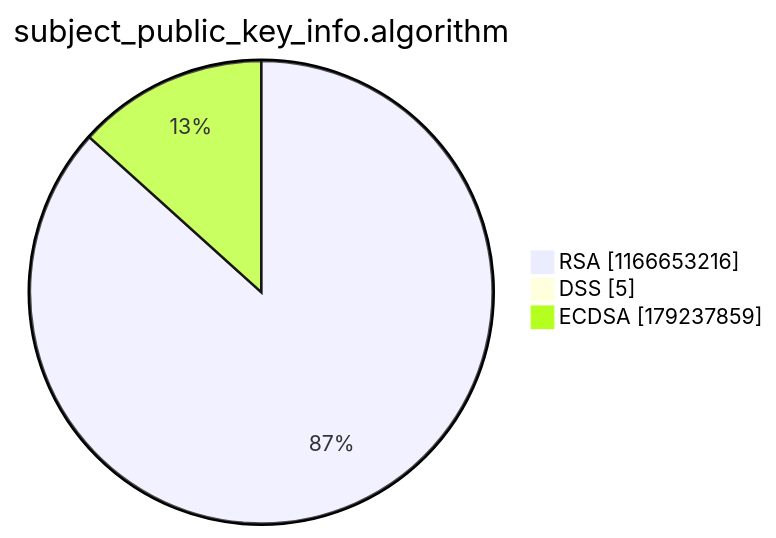
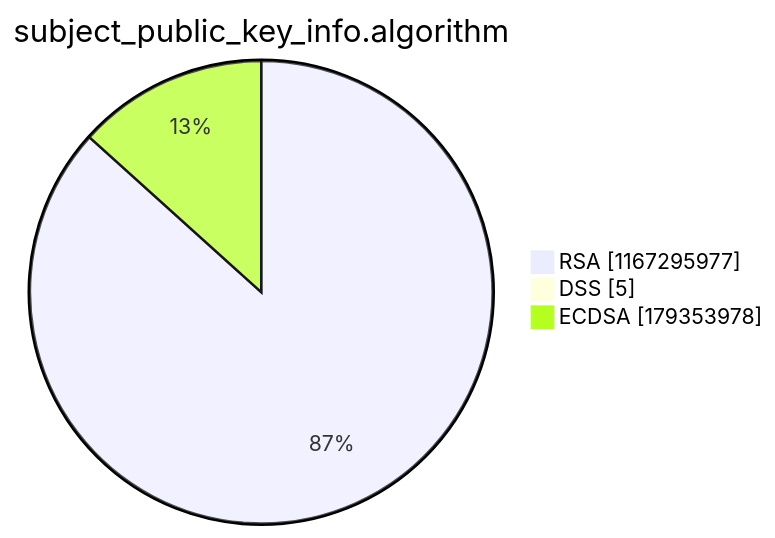
The third of 15 diagrams in argon2022/README.md (christiankrug/ctmonitor_visualization), drawn with Mermaid before and after one commit. The commit also changed other lines of this file, not shown here.

````diff
--- a/argon2022/README.md
+++ b/argon2022/README.md
@@ -14,7 +14,7 @@
 ```mermaid
 pie showData
 title subject_public_key_info.algorithm
-"RSA" :1166653216
+"RSA" :1167295977
 "DSS" :5
-"ECDSA" :179237859
+"ECDSA" :179353978
 ```
````
